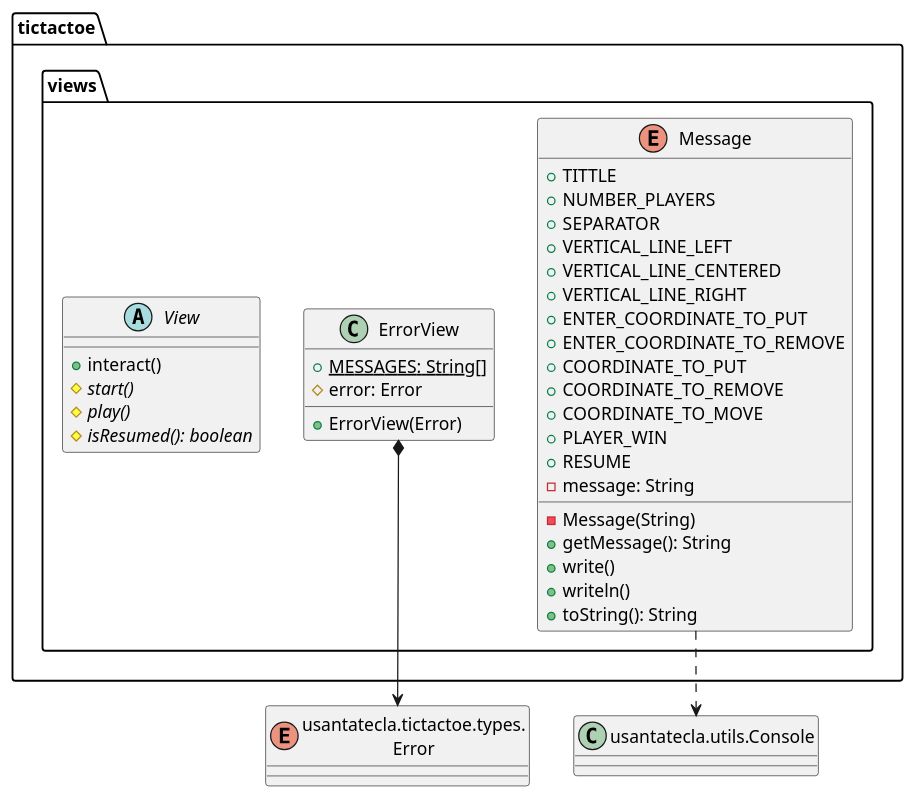
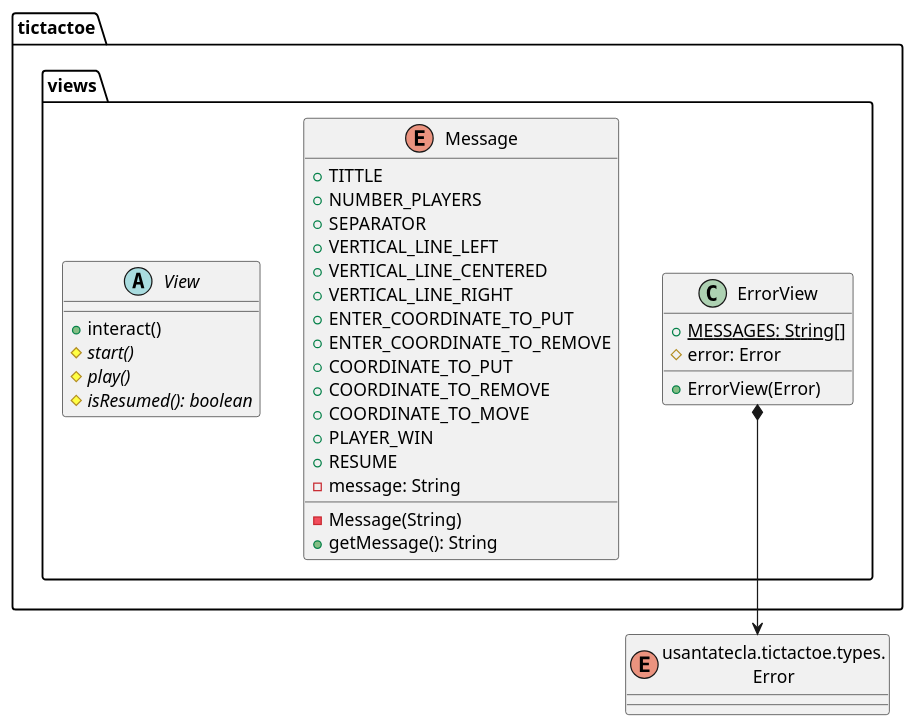
Before and after one commit to Jolucaa/USantaTecla-project-ticTacToe: the second of 8 diagrams in modelViewPresenter/presentationModel/withFacade/docs/diagrams/src/paquetes.plantuml, drawn with PlantUML. The commit also changed other lines of this file and 7 other files, not shown here.

Commit message:
[mvp.pm.withFacade] Refactored diagrams

```diff
--- a/modelViewPresenter/presentationModel/withFacade/docs/diagrams/src/paquetes.plantuml
+++ b/modelViewPresenter/presentationModel/withFacade/docs/diagrams/src/paquetes.plantuml
@@ -21,43 +21,37 @@
 @startuml paqueteTicTactoeViews
 enum Error as "usantatecla.tictactoe.types.\nError" {}
-class Console as "usantatecla.utils.Console" {}
 
 class tictactoe.views.ErrorView{
   + {static} MESSAGES: String[]
   # error: Error
   + ErrorView(Error)
 }
 tictactoe.views.ErrorView *-down-> Error
 
 enum tictactoe.views.Message{
   + TITTLE
   + NUMBER_PLAYERS
   + SEPARATOR
   + VERTICAL_LINE_LEFT
   + VERTICAL_LINE_CENTERED
   + VERTICAL_LINE_RIGHT
   + ENTER_COORDINATE_TO_PUT
   + ENTER_COORDINATE_TO_REMOVE
   + COORDINATE_TO_PUT
   + COORDINATE_TO_REMOVE
   + COORDINATE_TO_MOVE
   + PLAYER_WIN
   + RESUME
   - message: String
   - Message(String)
   + getMessage(): String
-  + write()
-  + writeln()
-  + toString(): String
 }
-
-tictactoe.views.Message .down.> Console
 
 abstract class tictactoe.views.View {
   + interact()
   # {abstract} start()
   # {abstract} play()
   # {abstract} isResumed(): boolean
 }
 
 @enduml
```
